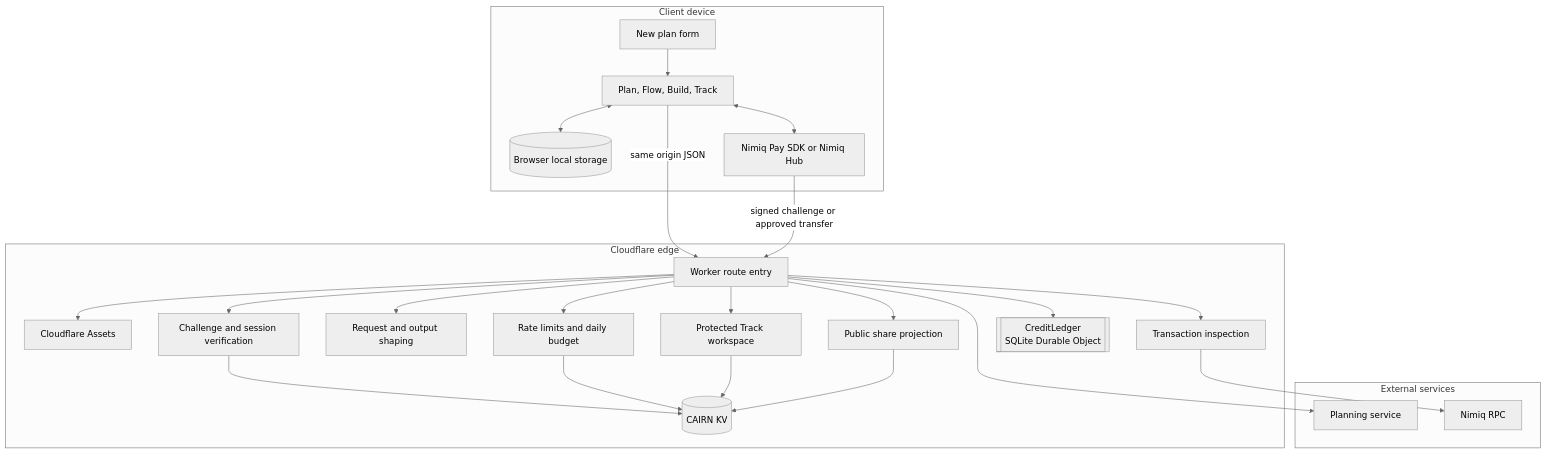
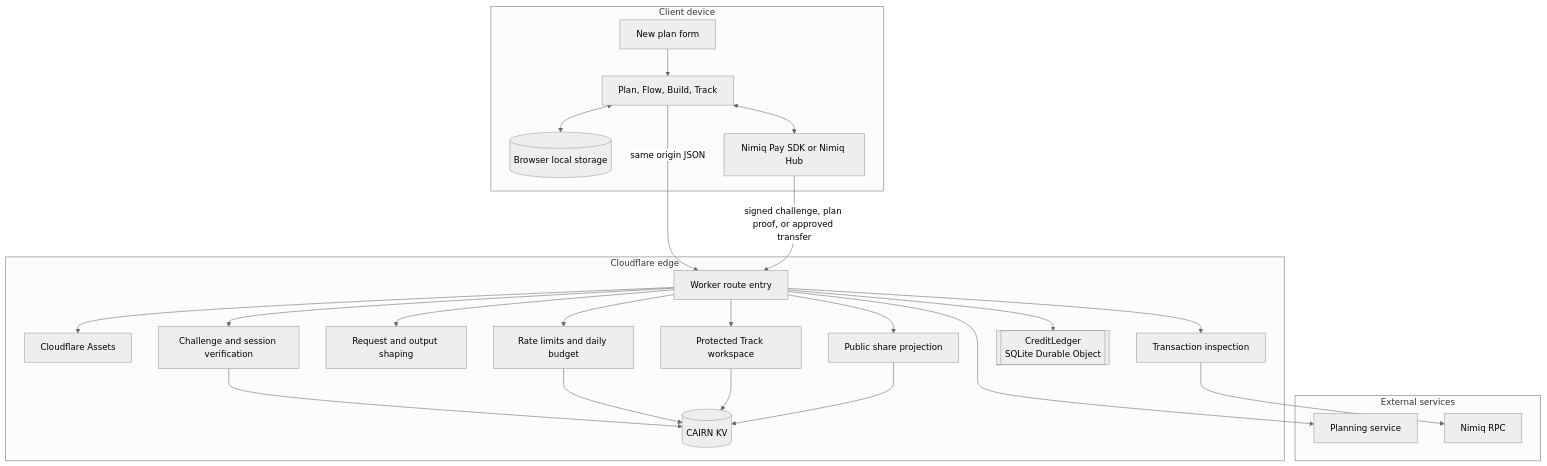
The first of 3 diagrams in docs/architecture.md (Teecash96/Cairn), drawn with Mermaid (neutral theme) before and after one commit. The commit also changed other lines of this file and 18 other files, not shown here.

````diff
--- a/docs/architecture.md
+++ b/docs/architecture.md
@@ -10,47 +10,47 @@
 ```mermaid
 flowchart TB
   subgraph Client[Client device]
     FORM[New plan form]
     WORKSPACE[Plan, Flow, Build, Track]
     LOCAL[(Browser local storage)]
     NIMIQ[Nimiq Pay SDK or Nimiq Hub]
     FORM --> WORKSPACE
     WORKSPACE <--> LOCAL
     WORKSPACE <--> NIMIQ
   end
 
   subgraph Edge[Cloudflare edge]
     ASSETS[Cloudflare Assets]
     WORKER[Worker route entry]
     AUTH[Challenge and session verification]
     SHAPE[Request and output shaping]
     LIMITS[Rate limits and daily budget]
     TEAM[Protected Track workspace]
     SHARE[Public share projection]
     PAY[Transaction inspection]
     KV[(CAIRN KV)]
     DO[[CreditLedger<br/>SQLite Durable Object]]
     WORKER --> ASSETS
     WORKER --> AUTH
     WORKER --> SHAPE
     WORKER --> LIMITS
     WORKER --> TEAM
     WORKER --> SHARE
     WORKER --> PAY
     WORKER --> DO
     AUTH --> KV
     LIMITS --> KV
     TEAM --> KV
     SHARE --> KV
   end
 
   subgraph Services[External services]
     AI[Planning service]
     RPC[Nimiq RPC]
   end
 
   WORKSPACE -->|same origin JSON| WORKER
   PAY --> RPC
   WORKER --> AI
-  NIMIQ -->|signed challenge or approved transfer| WORKER
+  NIMIQ -->|signed challenge, plan proof, or approved transfer| WORKER
 ```
````
